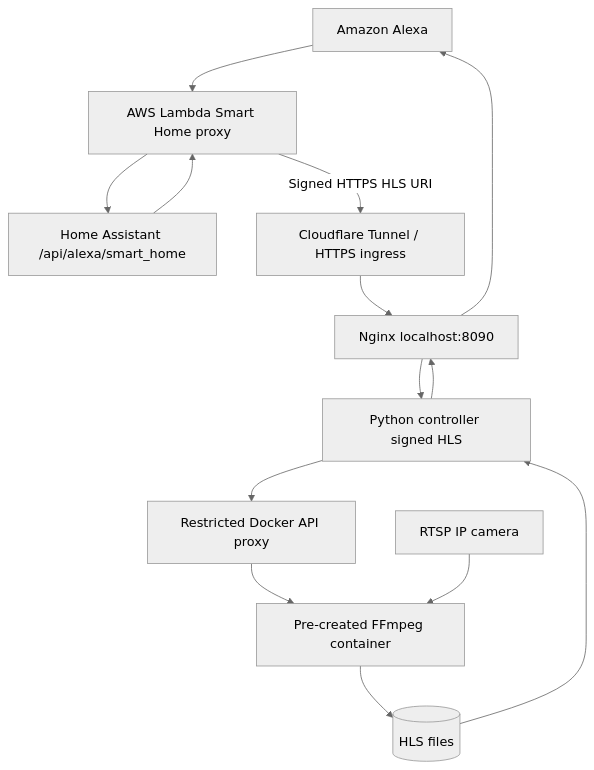
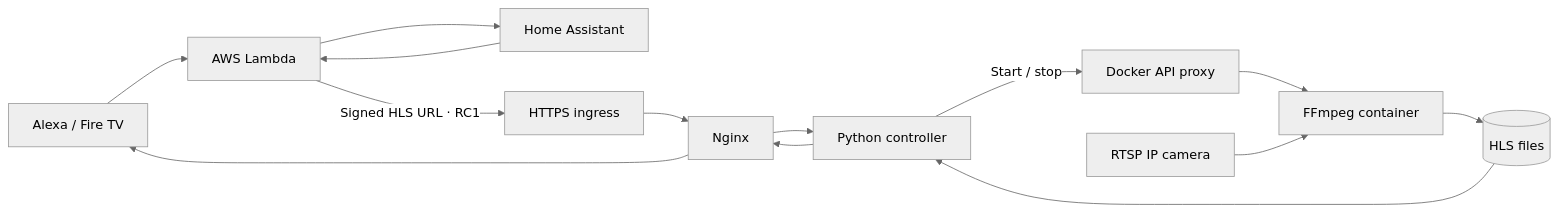
One commit to RenanEspinar/Alexa-RTSP-Bridge changed the diagram in README.md. Above: the diagram before and after it, drawn with Mermaid (neutral theme). The commit also changed other lines of this file and 2 other files, not shown here.

Commit message:
docs: add animated README and Fire TV demonstration

````diff
--- a/README.md
+++ b/README.md
@@ -23,16 +42,16 @@
 ```mermaid
-flowchart TD
-    A[Amazon Alexa] --> L[AWS Lambda Smart Home proxy]
-    L --> H[Home Assistant /api/alexa/smart_home]
-    H --> L
-    L -->|Signed HTTPS HLS URI| T[Cloudflare Tunnel / HTTPS ingress]
-    T --> N[Nginx localhost:8090]
-    N --> C[Python controller signed HLS]
-    C --> P[Restricted Docker API proxy]
-    P --> F[Pre-created FFmpeg container]
-    R[RTSP IP camera] --> F
-    F --> V[(HLS files)]
-    V --> C
-    C --> N
-    N --> A
+flowchart LR
+    A["Alexa / Fire TV"] --> B["AWS Lambda"]
+    B --> C["Home Assistant"]
+    C --> B
+    B -->|"Signed HLS URL · RC1"| D["HTTPS ingress"]
+    D --> E["Nginx"]
+    E --> F["Python controller"]
+    F -->|"Start / stop"| G["Docker API proxy"]
+    G --> H["FFmpeg container"]
+    I["RTSP IP camera"] --> H
+    H --> J[("HLS files")]
+    J --> F
+    F --> E
+    E --> A
 ```
````
